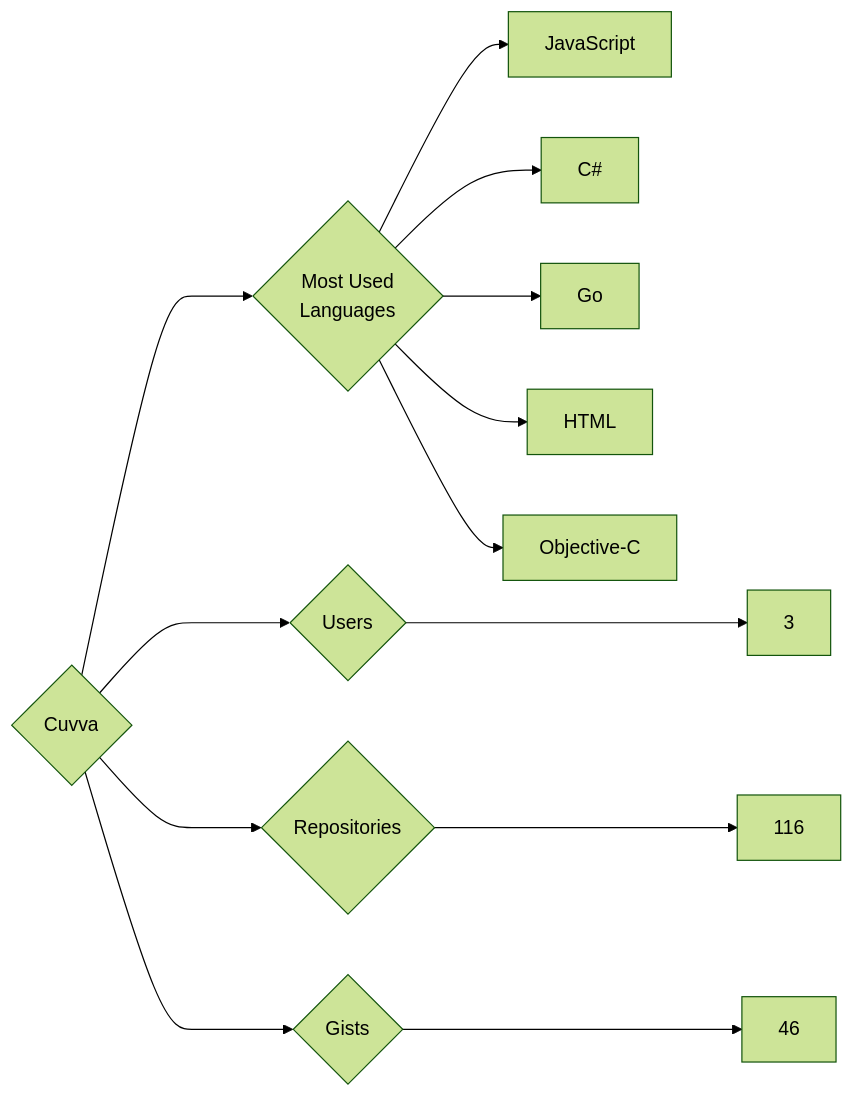
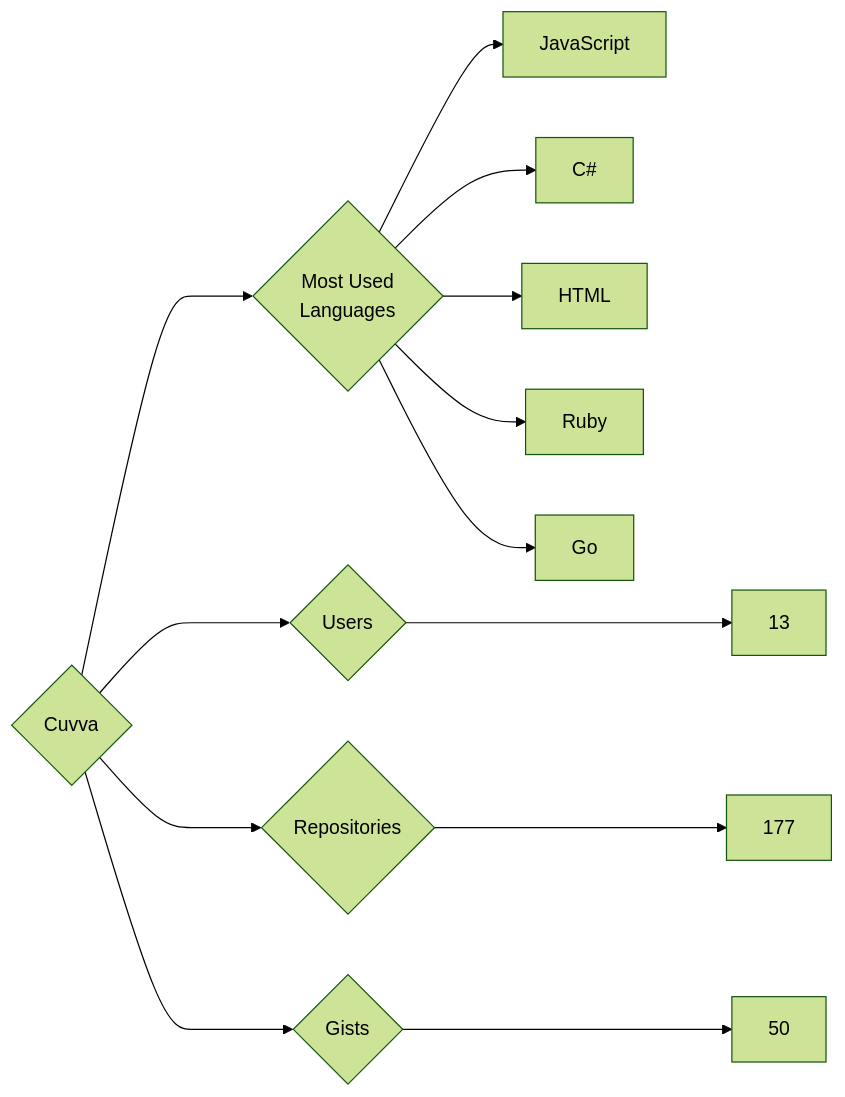
One commit to trickest/insiders changed the diagram in targets/Cuvva/README.md. Above: the diagram before and after it, drawn with Mermaid (forest theme). The commit also changed 894 other files, not shown here.

````diff
--- a/targets/Cuvva/README.md
+++ b/targets/Cuvva/README.md
@@ -3,13 +3,13 @@
 ```mermaid
 graph LR
 COMPANY_NAME{Cuvva}
-COMPANY_NAME ---> U{Users} ---> UN[3]
-COMPANY_NAME ---> R{Repositories} ---> RN[116]
-COMPANY_NAME ---> G{Gists} ---> GN[46]
+COMPANY_NAME ---> U{Users} ---> UN[13]
+COMPANY_NAME ---> R{Repositories} ---> RN[177]
+COMPANY_NAME ---> G{Gists} ---> GN[50]
 COMPANY_NAME ---> ML{Most Used<br>Languages}
 ML --> JavaScript[JavaScript]
 ML --> C#[C#]
+ML --> HTML[HTML]
+ML --> Ruby[Ruby]
 ML --> Go[Go]
-ML --> HTML[HTML]
-ML --> Objective-C[Objective-C]
 ```
````
